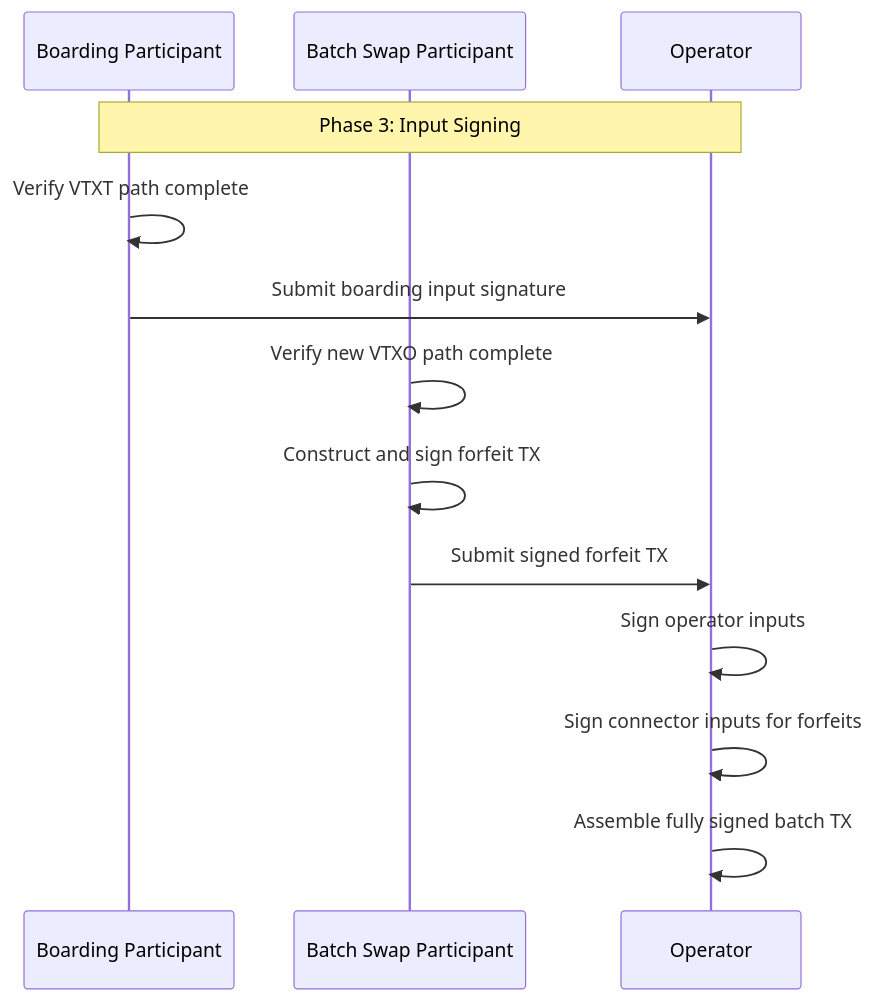
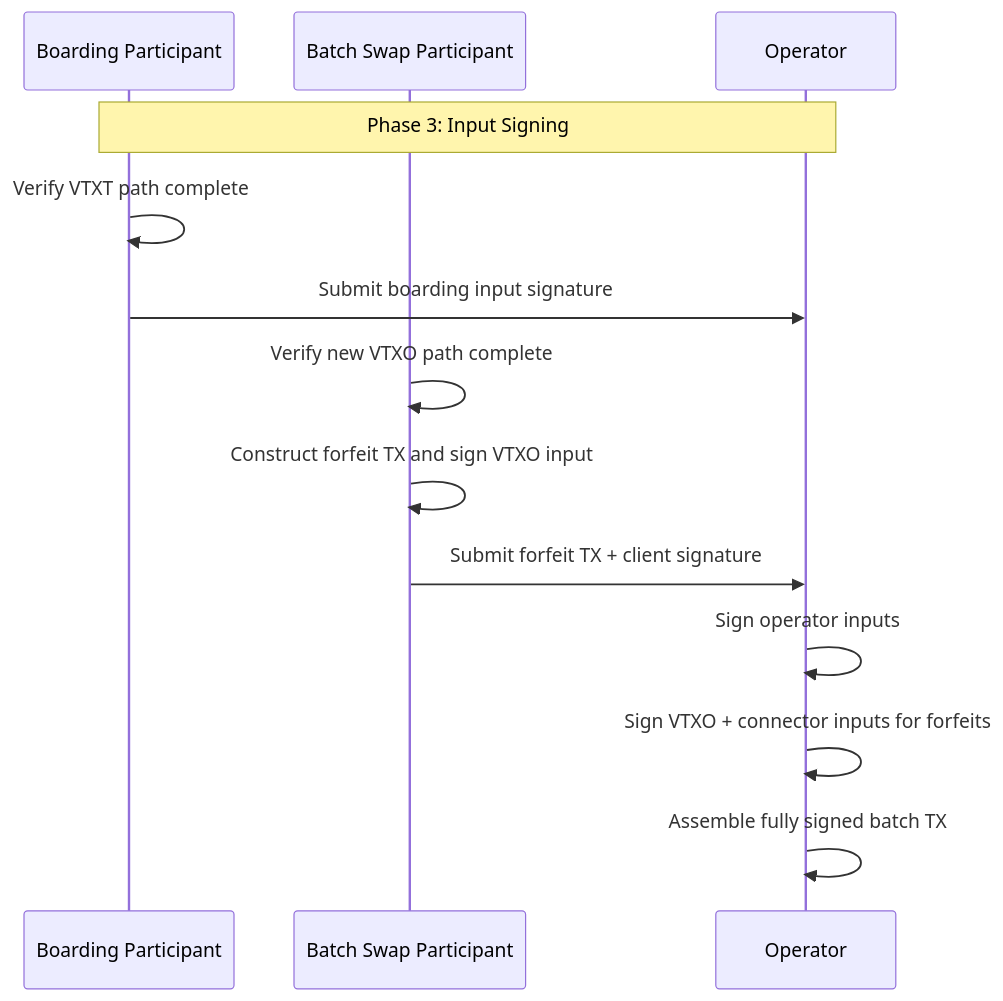
The fourth of 7 diagrams in docs/ark-specs/ARK-02-rounds.md (lightninglabs/wavelength), drawn with Mermaid before and after one commit. The commit also changed other lines of this file and 5 other files, not shown here.

````diff
--- a/docs/ark-specs/ARK-02-rounds.md
+++ b/docs/ark-specs/ARK-02-rounds.md
@@ -557,19 +572,19 @@
 ```mermaid
 sequenceDiagram
     participant BP as Boarding Participant
     participant BSP as Batch Swap Participant
     participant O as Operator
 
     Note over BP,O: Phase 3: Input Signing
 
     BP->>BP: Verify VTXT path complete
     BP->>O: Submit boarding input signature
 
     BSP->>BSP: Verify new VTXO path complete
-    BSP->>BSP: Construct and sign forfeit TX
-    BSP->>O: Submit signed forfeit TX
+    BSP->>BSP: Construct forfeit TX and sign VTXO input
+    BSP->>O: Submit forfeit TX + client signature
 
     O->>O: Sign operator inputs
-    O->>O: Sign connector inputs for forfeits
+    O->>O: Sign VTXO + connector inputs for forfeits
     O->>O: Assemble fully signed batch TX
 ```
````
